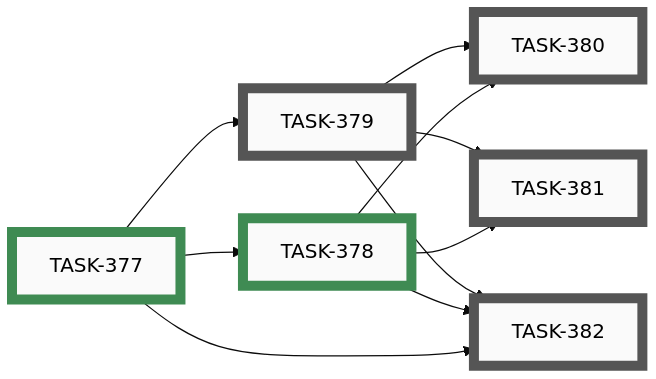
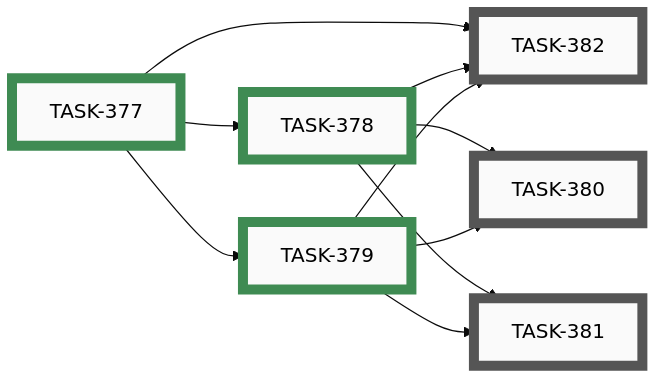
One commit to tgd1975/AwesomeGuitarPedal changed the ninth of 11 diagrams in docs/developers/tasks/EPICS.md. Above: the diagram before and after it, drawn with Mermaid (base theme). The commit also changed other lines of this file and 10 other files, not shown here.

First line of the commit message:
close TASK-379: profile schema accepts named-pin references (EPIC-029)

````diff
--- a/docs/developers/tasks/EPICS.md
+++ b/docs/developers/tasks/EPICS.md
@@ -305,32 +305,32 @@
 ```mermaid
 graph LR
-    TASK_379["TASK-379"]:::open
     TASK_380["TASK-380"]:::open
     TASK_381["TASK-381"]:::open
     TASK_382["TASK-382"]:::open
     TASK_377["TASK-377"]:::closed
     TASK_378["TASK-378"]:::closed
-    TASK_377 --> TASK_379
+    TASK_379["TASK-379"]:::closed
     TASK_378 --> TASK_380
     TASK_379 --> TASK_380
     TASK_378 --> TASK_381
     TASK_379 --> TASK_381
     TASK_377 --> TASK_382
     TASK_378 --> TASK_382
     TASK_379 --> TASK_382
     TASK_377 --> TASK_378
-    click TASK_379 "open/task-379-profile-schema-accept-named-pin-references.md"
+    TASK_377 --> TASK_379
     click TASK_380 "open/task-380-esp32-resolve-named-pins-at-config-load.md"
     click TASK_381 "open/task-381-configurator-named-pin-ux-autocomplete-validation-warning.md"
     click TASK_382 "open/task-382-named-pins-builder-docs-and-github-addition-process.md"
     click TASK_377 "closed/task-377-define-v1-standard-pin-name-set.md"
     click TASK_378 "closed/task-378-hardware-config-pinnames-mapping.md"
+    click TASK_379 "closed/task-379-profile-schema-accept-named-pin-references.md"
     classDef open    fill:#FAFAFA,stroke:#555,stroke-width:8px,color:#000
     classDef active  fill:#FAFAFA,stroke:#1A6FA8,stroke-width:8px,color:#000
     classDef closed  fill:#FAFAFA,stroke:#3F8B53,stroke-width:8px,color:#000
     classDef paused  fill:#FAFAFA,stroke:#B07810,stroke-width:8px,color:#000
     classDef openExt    fill:#000,stroke:#888,stroke-width:8px,color:#FFF
     classDef activeExt  fill:#000,stroke:#3FA9F5,stroke-width:8px,color:#FFF
     classDef closedExt  fill:#000,stroke:#7CC68A,stroke-width:8px,color:#FFF
     classDef pausedExt  fill:#000,stroke:#F0B030,stroke-width:8px,color:#FFF
 ```
````
